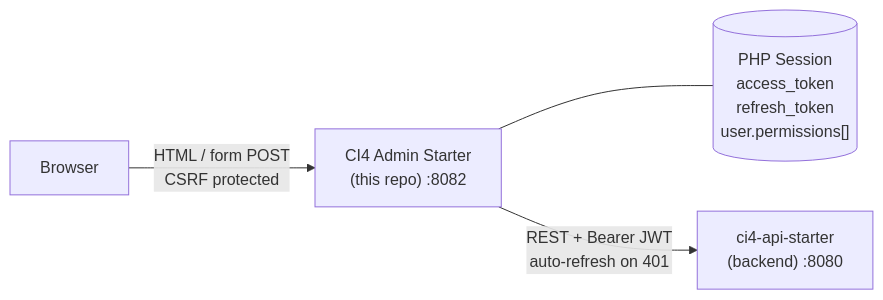
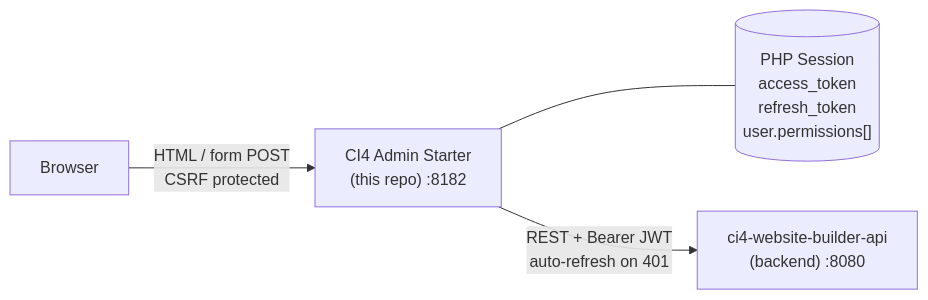
The diagram in README.md (dcardenasl/ci4-website-builder-admin), drawn with Mermaid before and after one commit. The commit also changed other lines of this file and 7 other files, not shown here.

````diff
--- a/README.md
+++ b/README.md
@@ -11,11 +11,11 @@
 ```mermaid
 flowchart LR
     Browser["Browser"]
-    Admin["CI4 Admin Starter<br/>(this repo) :8082"]
+    Admin["CI4 Admin Starter<br/>(this repo) :8182"]
     Session[("PHP Session<br/>access_token<br/>refresh_token<br/>user.permissions[]")]
-    API["ci4-api-starter<br/>(backend) :8080"]
+    API["ci4-website-builder-api<br/>(backend) :8080"]
 
     Browser -->|"HTML / form POST<br/>CSRF protected"| Admin
     Admin --- Session
     Admin -->|"REST + Bearer JWT<br/>auto-refresh on 401"| API
 ```
````
